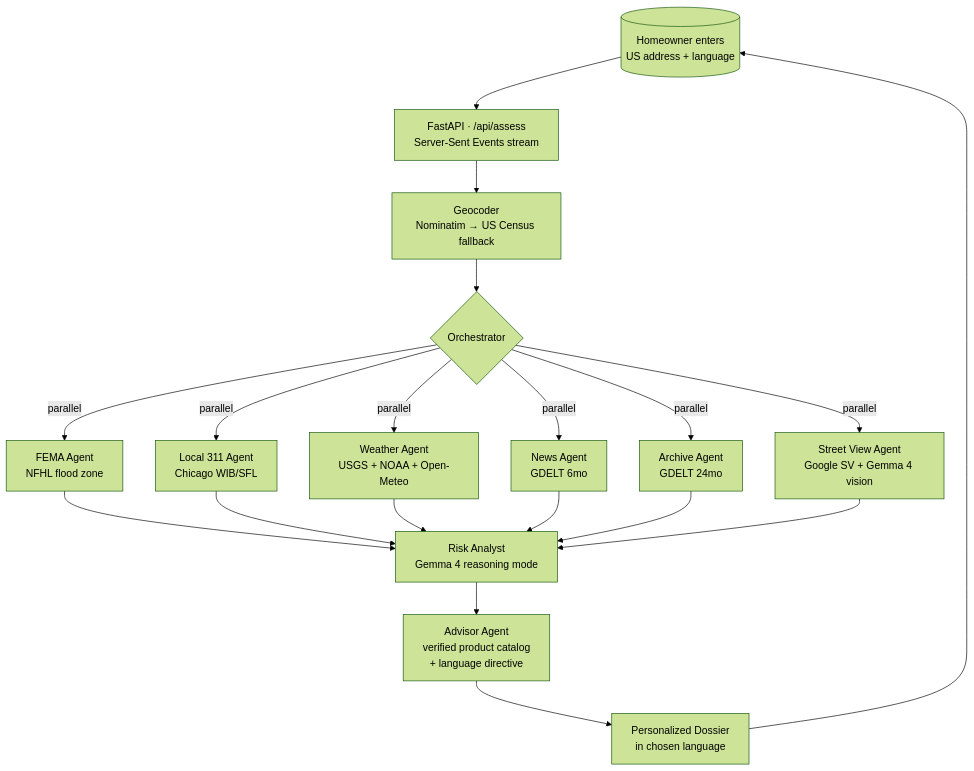
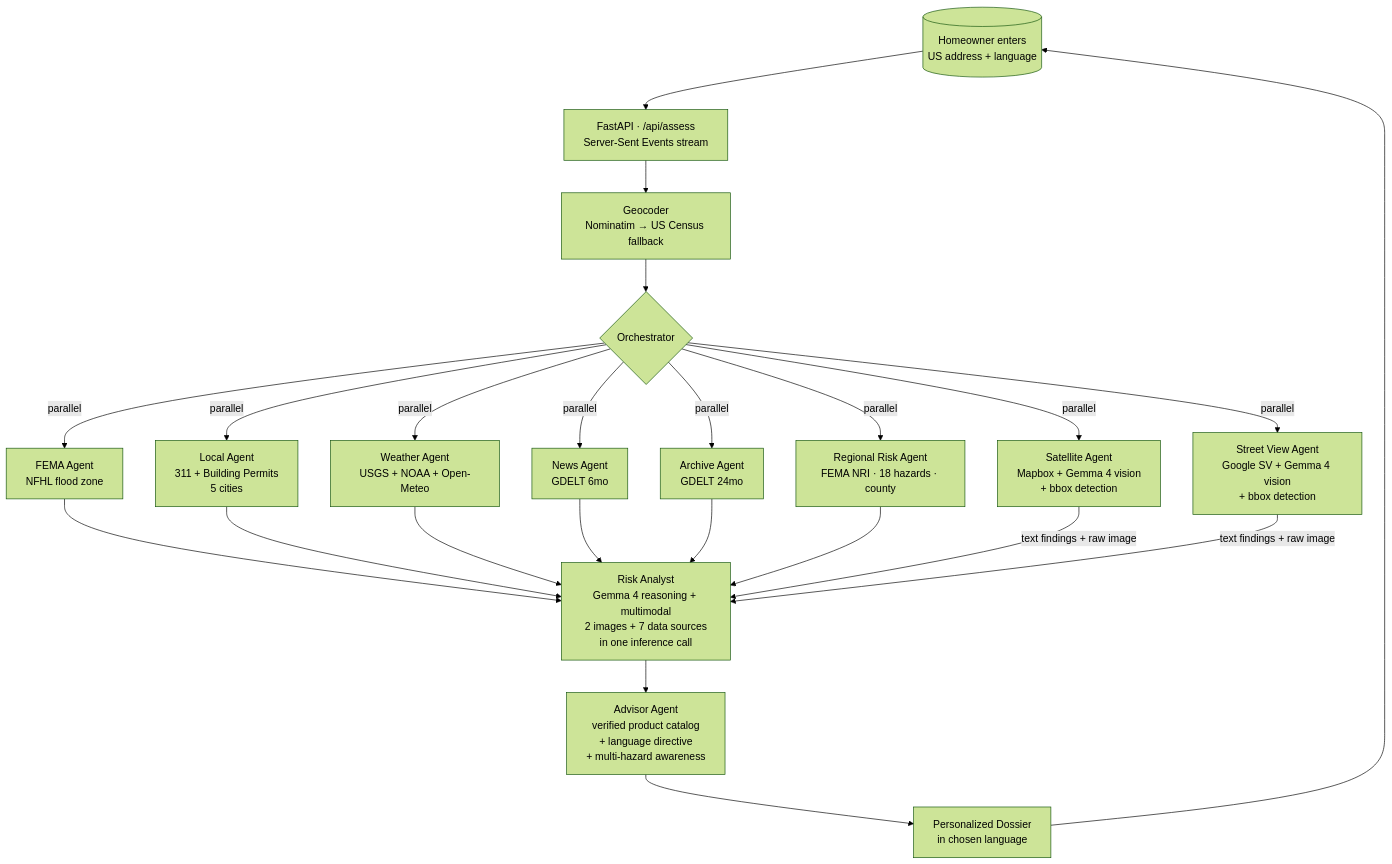
One commit to kredd2506/Gemma4Good_FlutIQ changed the diagram in README.md. Above: the diagram before and after it, drawn with Mermaid (forest theme). The commit also changed other lines of this file, not shown here.

First line of the commit message:
README: refresh from v0.7 → v0.14.1 (multi-agent, multimodal, multi-hazard, multi-city)

````diff
--- a/README.md
+++ b/README.md
@@ -65,21 +84,25 @@
 ```mermaid
 flowchart TD
     User[("Homeowner enters<br/>US address + language")] --> SSE
     SSE[FastAPI · /api/assess<br/>Server-Sent Events stream] --> Geo[Geocoder<br/>Nominatim → US Census fallback]
     Geo --> Orch{Orchestrator}
     Orch -->|parallel| FEMA[FEMA Agent<br/>NFHL flood zone]
-    Orch -->|parallel| Local[Local 311 Agent<br/>Chicago WIB/SFL]
+    Orch -->|parallel| Local[Local Agent<br/>311 + Building Permits<br/>5 cities]
     Orch -->|parallel| Weather[Weather Agent<br/>USGS + NOAA + Open-Meteo]
     Orch -->|parallel| News[News Agent<br/>GDELT 6mo]
     Orch -->|parallel| Archive[Archive Agent<br/>GDELT 24mo]
-    Orch -->|parallel| StreetView[Street View Agent<br/>Google SV + Gemma 4 vision]
+    Orch -->|parallel| Regional[Regional Risk Agent<br/>FEMA NRI · 18 hazards · county]
+    Orch -->|parallel| Satellite[Satellite Agent<br/>Mapbox + Gemma 4 vision<br/>+ bbox detection]
+    Orch -->|parallel| StreetView[Street View Agent<br/>Google SV + Gemma 4 vision<br/>+ bbox detection]
     FEMA --> Risk
     Local --> Risk
     Weather --> Risk
     News --> Risk
     Archive --> Risk
-    StreetView --> Risk
-    Risk[Risk Analyst<br/>Gemma 4 reasoning mode] --> Advisor
-    Advisor[Advisor Agent<br/>verified product catalog<br/>+ language directive] --> Dossier[Personalized Dossier<br/>in chosen language]
+    Regional --> Risk
+    Satellite -- text findings + raw image --> Risk
+    StreetView -- text findings + raw image --> Risk
+    Risk[Risk Analyst<br/>Gemma 4 reasoning + multimodal<br/>2 images + 7 data sources<br/>in one inference call] --> Advisor
+    Advisor[Advisor Agent<br/>verified product catalog<br/>+ language directive<br/>+ multi-hazard awareness] --> Dossier[Personalized Dossier<br/>in chosen language]
     Dossier --> User
 ```
````
